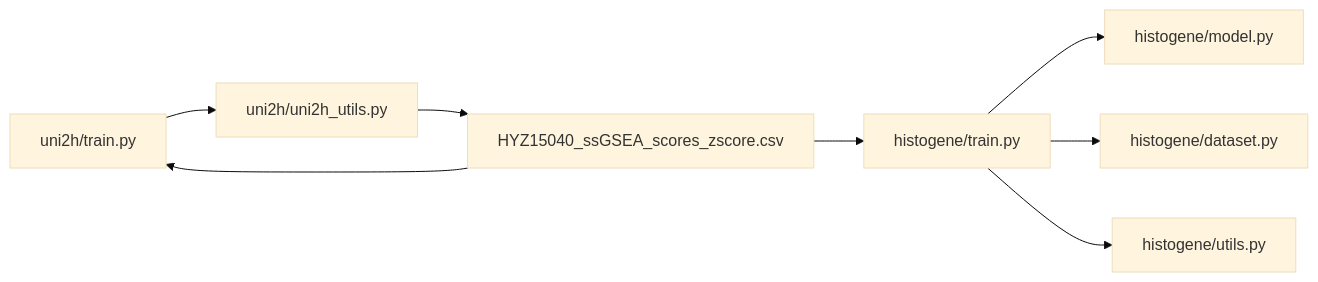
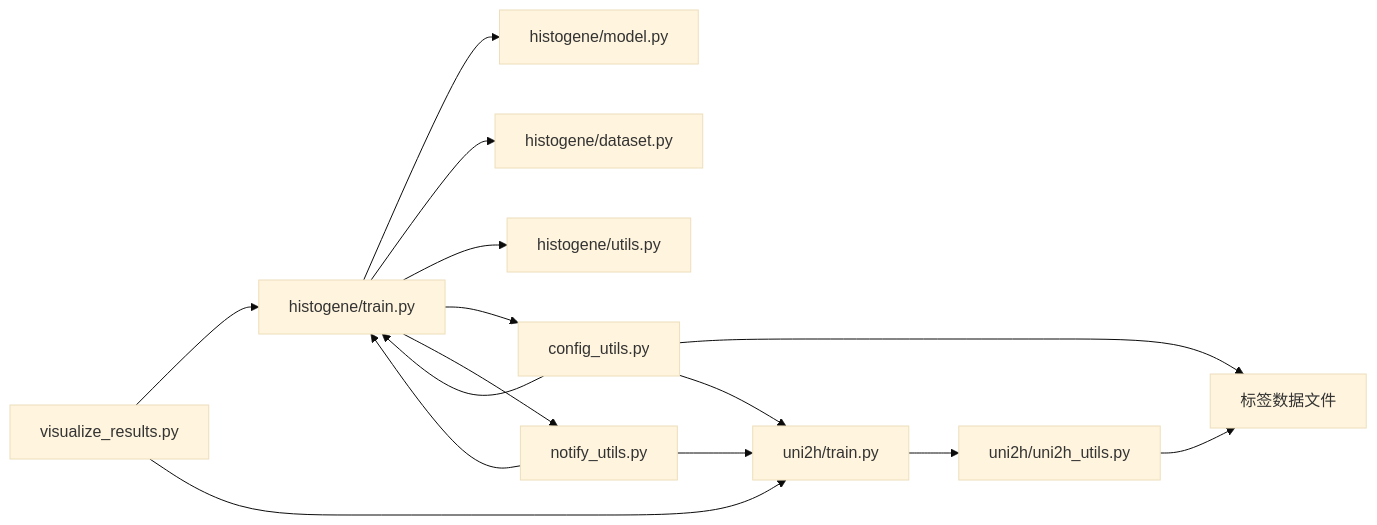
One commit to qzs610038-star/AI-esophagus-cancer-basedon-HF-HT changed the sixth of 6 diagrams in .qoder/repowiki/zh/content/训练系统/训练系统.md. Above: the diagram before and after it, drawn with Mermaid (base theme). The commit also changed other lines of this file and 14 other files, not shown here.

````diff
--- a/.qoder/repowiki/zh/content/训练系统/训练系统.md
+++ b/.qoder/repowiki/zh/content/训练系统/训练系统.md
@@ -280,10 +415,17 @@
 ```mermaid
 graph LR
 T["histogene/train.py"] --> M["histogene/model.py"]
 T --> D["histogene/dataset.py"]
 T --> U["histogene/utils.py"]
+T --> CFG["config_utils.py"]
+T --> NU["notify_utils.py"]
 UT["uni2h/train.py"] --> UU["uni2h/uni2h_utils.py"]
-UU --> D2["HYZ15040_ssGSEA_scores_zscore.csv"]
-D2 --> T
-D2 --> UT
+UU --> D2["标签数据文件"]
+CFG --> D2
+CFG --> T
+CFG --> UT
+NU --> T
+NU --> UT
+VR["visualize_results.py"] --> T
+VR --> UT
 ```
````
